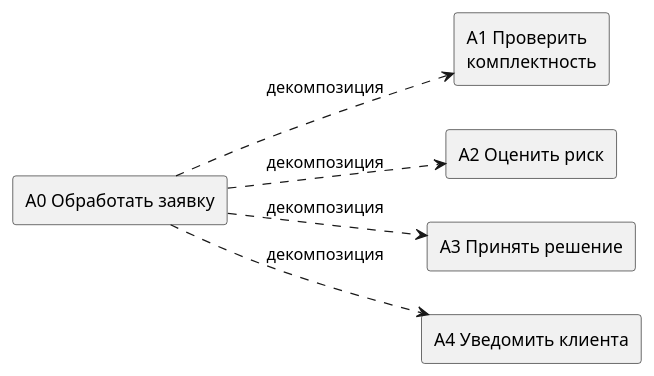
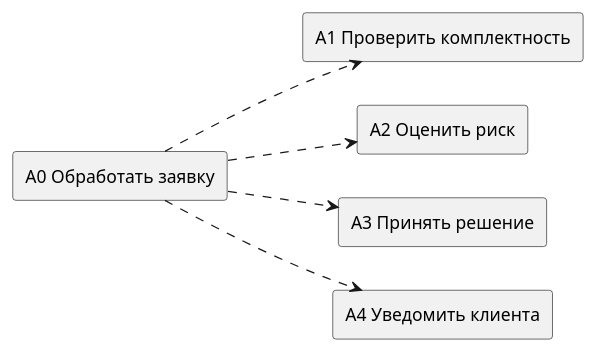
Before and after one commit to iwizy/analyst_kb: the second of 2 diagrams in docs/notations/idef0.md, drawn with PlantUML. The commit also changed other lines of this file and 20 other files, not shown here.

````diff
--- a/docs/notations/idef0.md
+++ b/docs/notations/idef0.md
@@ -54,16 +46,15 @@
 ```kroki-plantuml
 @startuml
 left to right direction
-
 rectangle "A0 Обработать заявку" as A0
-rectangle "A1 Проверить\nкомплектность" as A1
+rectangle "A1 Проверить комплектность" as A1
 rectangle "A2 Оценить риск" as A2
 rectangle "A3 Принять решение" as A3
 rectangle "A4 Уведомить клиента" as A4
 
-A0 ..> A1 : декомпозиция
-A0 ..> A2 : декомпозиция
-A0 ..> A3 : декомпозиция
-A0 ..> A4 : декомпозиция
+A0 ..> A1
+A0 ..> A2
+A0 ..> A3
+A0 ..> A4
 @enduml
 ```
````
